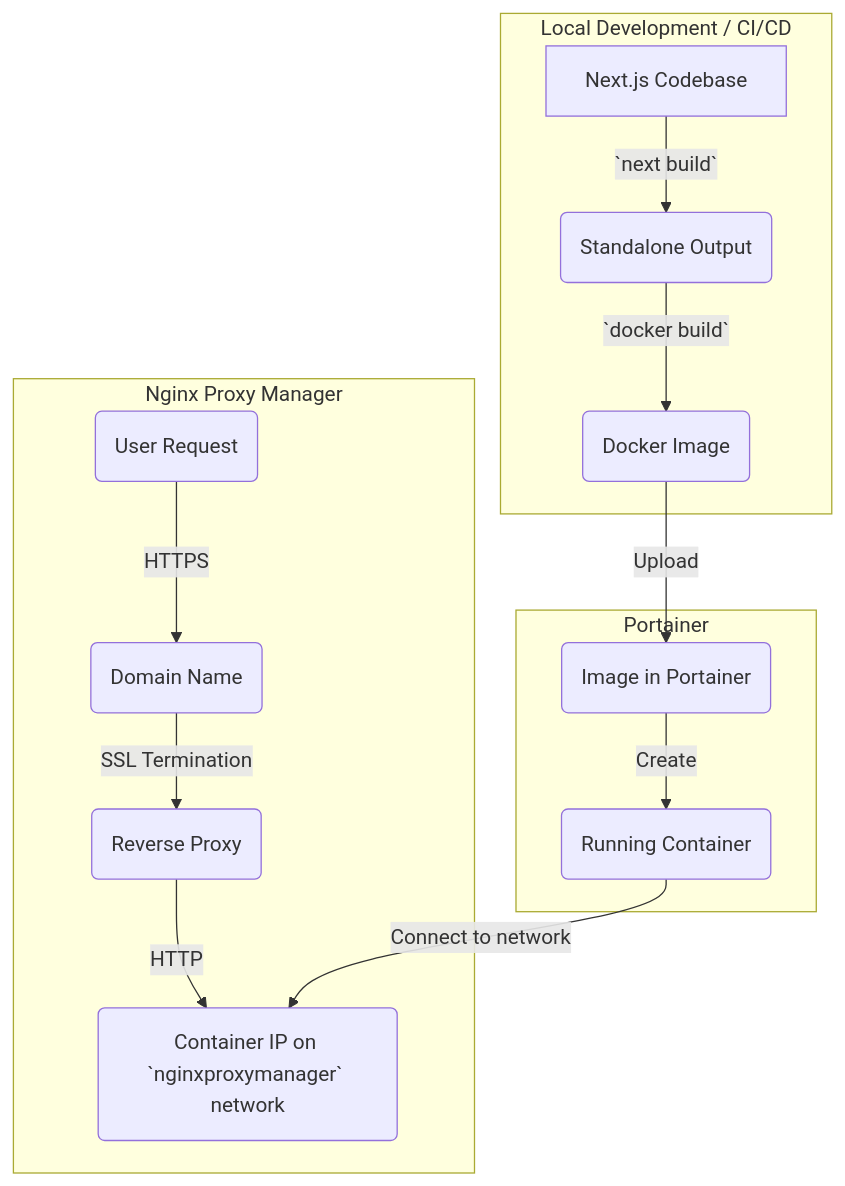
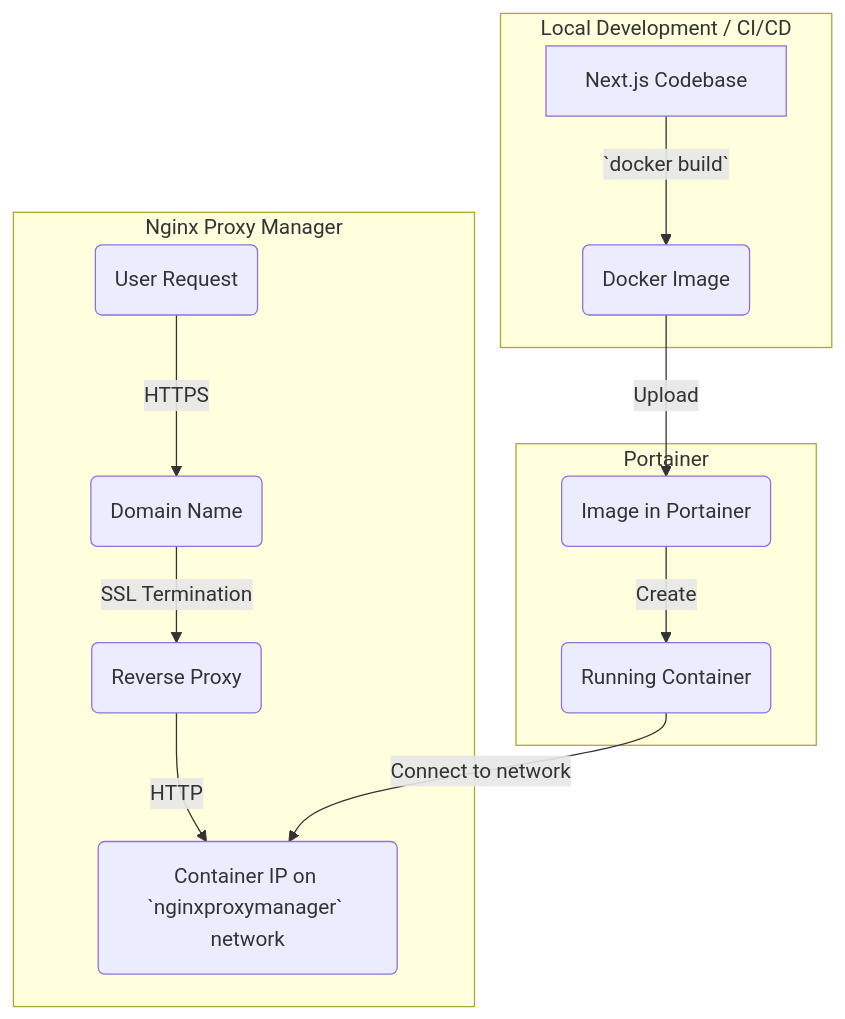
The diagram in lifecyclearchitecture.md (Regie4233/mapapp), drawn with Mermaid before and after one commit. The commit also changed other lines of this file, not shown here.

Commit message:
added readme and lifecycle architecture

````diff
--- a/lifecyclearchitecture.md
+++ b/lifecyclearchitecture.md
@@ -13,21 +13,20 @@
 ```mermaid
 graph TD
     subgraph "Local Development / CI/CD"
-        A[Next.js Codebase] -->|`next build`| B(Standalone Output);
-        B -->|`docker build`| C(Docker Image);
+        A[Next.js Codebase] -->|`docker build`| C(Docker Image);
     end
 
     subgraph "Portainer"
         C -->|Upload| D(Image in Portainer);
         D -->|Create| E(Running Container);
     end
 
     subgraph "Nginx Proxy Manager"
         F(User Request) -->|HTTPS| G(Domain Name);
         G -->|SSL Termination| H(Reverse Proxy);
         H -->|HTTP| I(Container IP on `nginxproxymanager` network);
     end
 
     E -->|Connect to network| I;
 
 ```
````
